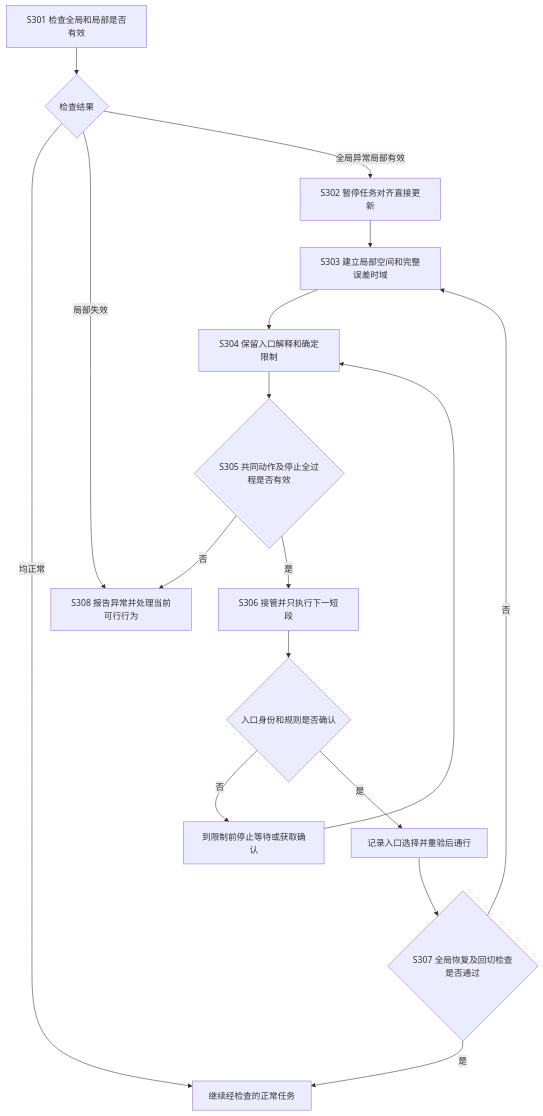
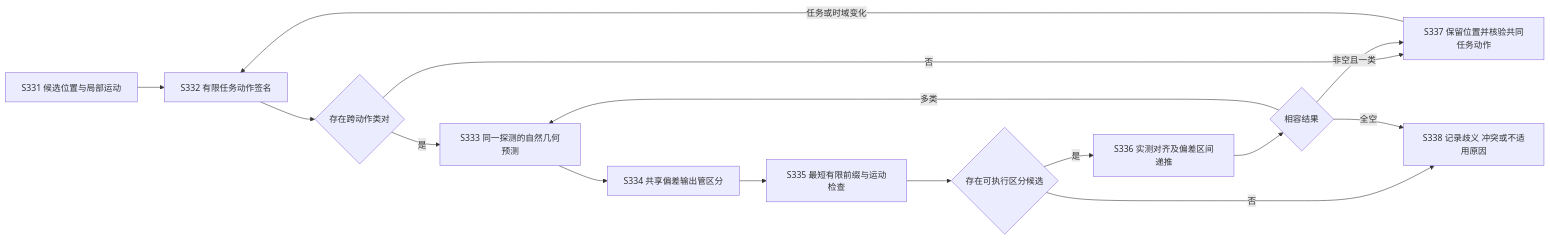
The third of 3 diagrams in patent/导航规划控制/03_patent_c_disclosure_template_rewrite_20261019.md (fenwickxie/research-ip-docs), drawn with Mermaid before and after one commit. The commit also changed other lines of this file and 3 other files, not shown here.

````diff
--- a/patent/导航规划控制/03_patent_c_disclosure_template_rewrite_20261019.md
+++ b/patent/导航规划控制/03_patent_c_disclosure_template_rewrite_20261019.md
@@ -99,19 +382,17 @@
 ```mermaid
-flowchart TD
-    S301["S301 检查全局和局部是否有效"] --> State{"检查结果"}
-    State -- 均正常 --> Normal["继续经检查的正常任务"]
-    State -- 局部失效 --> S308["S308 报告异常并处理当前可行行为"]
-    State -- 全局异常局部有效 --> S302["S302 暂停任务对齐直接更新"]
-    S302 --> S303["S303 建立局部空间和完整误差时域"]
-    S303 --> S304["S304 保留入口解释和确定限制"]
-    S304 --> S305{"S305 共同动作及停止全过程是否有效"}
-    S305 -- 否 --> S308
-    S305 -- 是 --> S306["S306 接管并只执行下一短段"]
-    S306 --> Confirm{"入口身份和规则是否确认"}
-    Confirm -- 否 --> Wait["到限制前停止等待或获取确认"]
-    Confirm -- 是 --> Choice["记录入口选择并重验后通行"]
-    Wait --> S304
-    Choice --> S307{"S307 全局恢复及回切检查是否通过"}
-    S307 -- 是 --> Normal
-    S307 -- 否 --> S303
+flowchart LR
+    S331["S331 候选位置与局部运动"] --> S332["S332 有限任务动作签名"]
+    S332 --> P{"存在跨动作类对"}
+    P -- 否 --> S337["S337 保留位置并核验共同任务动作"]
+    P -- 是 --> S333["S333 同一探测的自然几何预测"]
+    S333 --> S334["S334 共享偏差输出管区分"]
+    S334 --> S335["S335 最短有限前缀与运动检查"]
+    S335 --> V{"存在可执行区分候选"}
+    V -- 否 --> S338["S338 记录歧义 冲突或不适用原因"]
+    V -- 是 --> S336["S336 实测对齐及偏差区间递推"]
+    S336 --> R{"相容结果"}
+    R -- 非空且一类 --> S337
+    R -- 多类 --> S333
+    R -- 全空 --> S338
+    S337 -- 任务或时域变化 --> S332
 ```
````
